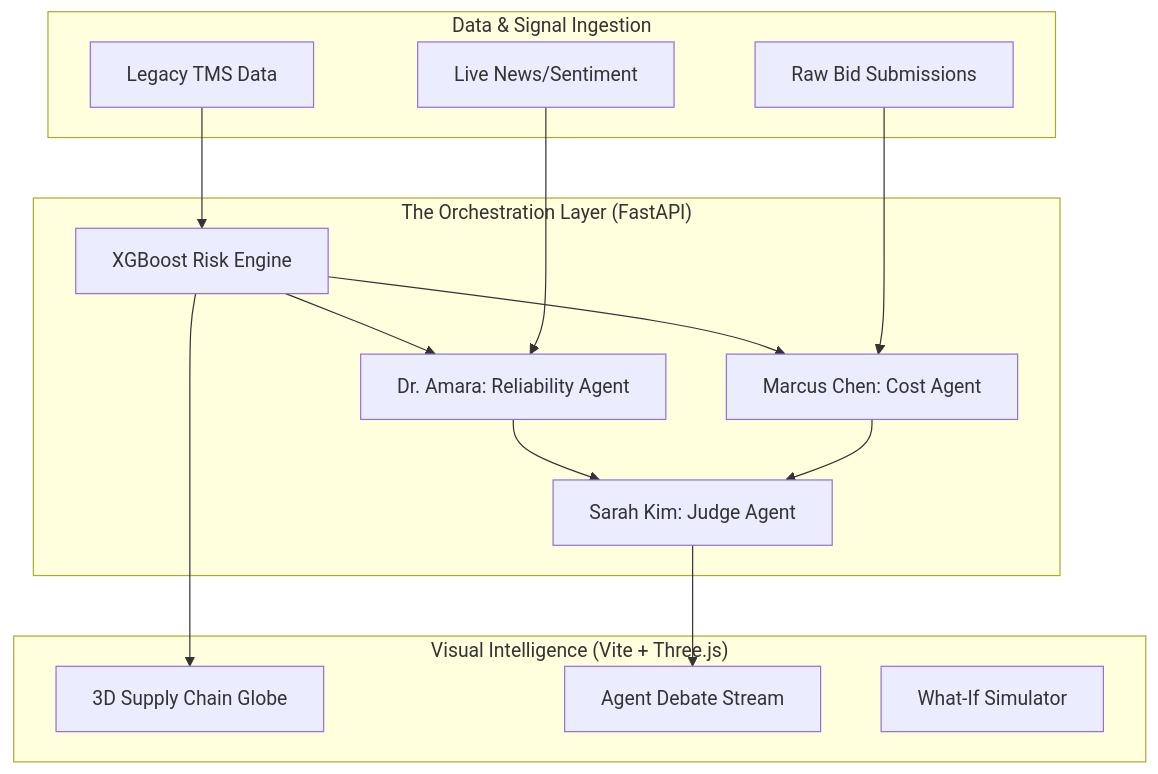
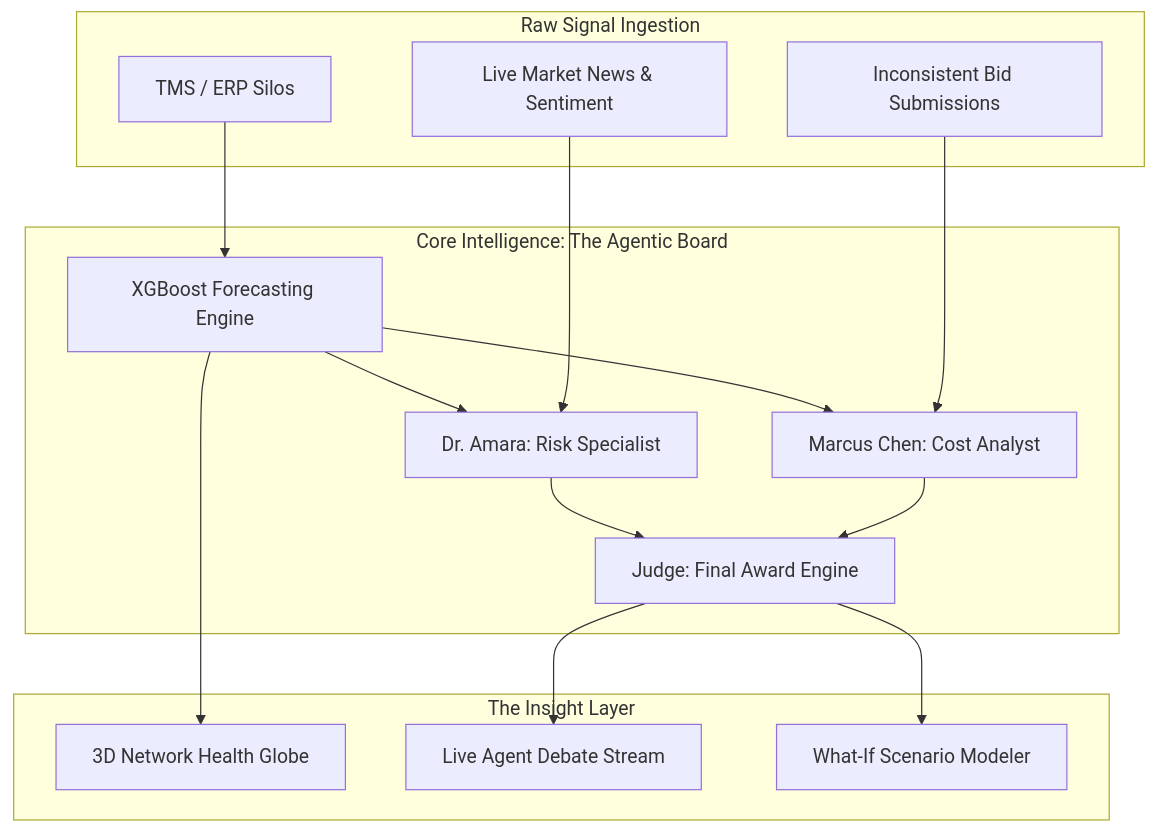
The diagram in README.md (LuckyAnsari22/Carrier-Selection-Agent-), drawn with Mermaid before and after one commit. The commit also changed other lines of this file, not shown here.

````diff
--- a/README.md
+++ b/README.md
@@ -56,34 +23,35 @@
 ```mermaid
 graph TD
-    subgraph "Data & Signal Ingestion"
-        DS1[Legacy TMS Data]
-        DS2[Raw Bid Submissions]
-        DS3[Live News/Sentiment]
+    subgraph "Raw Signal Ingestion"
+        DS1[TMS / ERP Silos]
+        DS2[Inconsistent Bid Submissions]
+        DS3[Live Market News & Sentiment]
     end
 
-    subgraph "The Orchestration Layer (FastAPI)"
-        AG1[Marcus Chen: Cost Agent]
-        AG2[Dr. Amara: Reliability Agent]
-        AG3[Sarah Kim: Judge Agent]
-        AG4[XGBoost Risk Engine]
+    subgraph "Core Intelligence: The Agentic Board"
+        AG1[Marcus Chen: Cost Analyst]
+        AG2[Dr. Amara: Risk Specialist]
+        AG3[Judge: Final Award Engine]
+        AG4[XGBoost Forecasting Engine]
     end
 
-    subgraph "Visual Intelligence (Vite + Three.js)"
-        UI1[3D Supply Chain Globe]
-        UI2[Agent Debate Stream]
-        UI3[What-If Simulator]
+    subgraph "The Insight Layer"
+        UI1[3D Network Health Globe]
+        UI2[Live Agent Debate Stream]
+        UI3[What-If Scenario Modeler]
     end
 
     DS1 --> AG4
     DS2 --> AG1
     DS3 --> AG2
     
     AG4 --> AG1
     AG4 --> AG2
     
     AG1 --> AG3
     AG2 --> AG3
     
     AG3 --> UI2
     AG4 --> UI1
+    AG3 --> UI3
 ```
````
